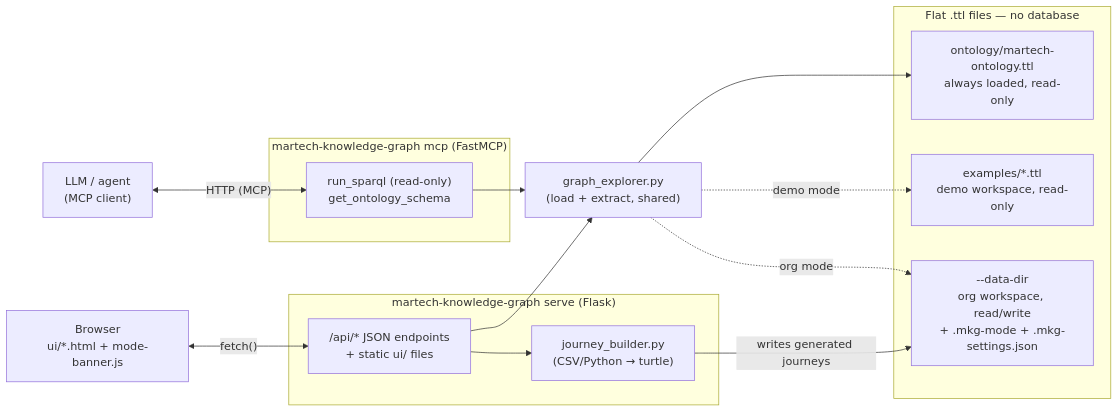
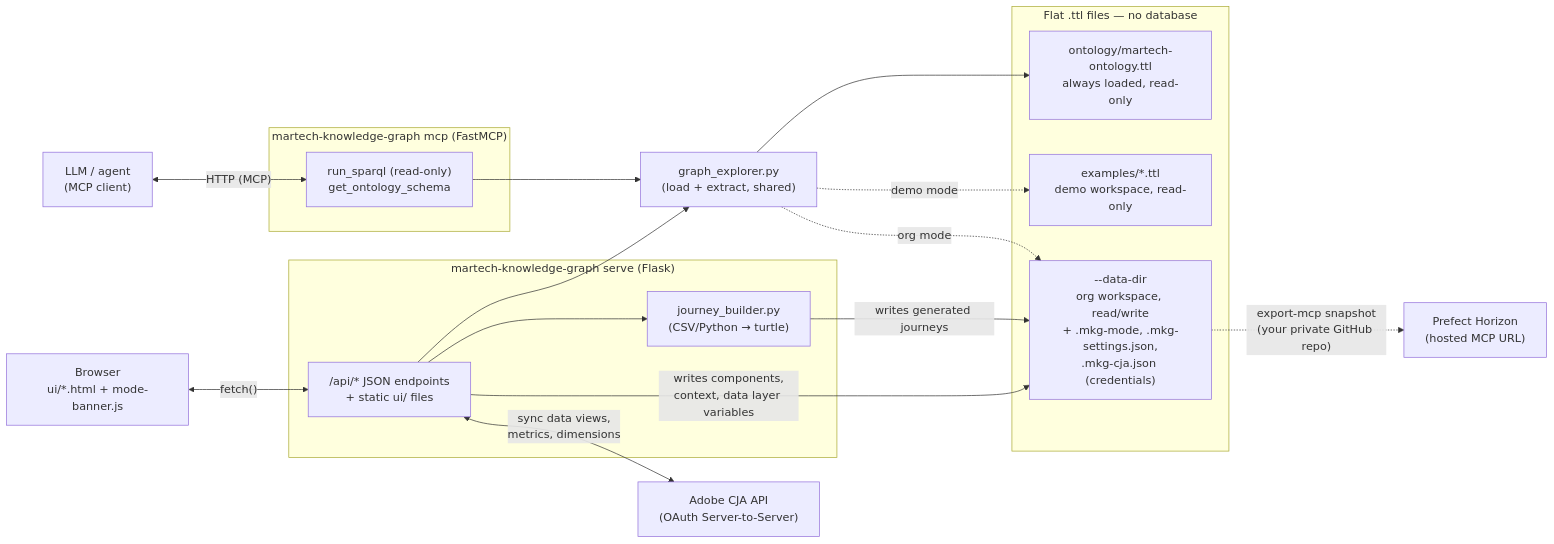
One commit to patrickhegnauer/martech_knowledge-graph changed the diagram in README.md. Above: the diagram before and after it, drawn with Mermaid. The commit also changed other lines of this file and 5 other files, not shown here.

First line of the commit message:
Update documentation for CJA sync, data layer variables, component reuse; v0.1.2

````diff
--- a/README.md
+++ b/README.md
@@ -13,32 +13,37 @@
 ```mermaid
 flowchart LR
     Browser["Browser<br/>ui/*.html + mode-banner.js"]
     Agent["LLM / agent<br/>(MCP client)"]
 
     subgraph Server["martech-knowledge-graph serve (Flask)"]
         API["/api/* JSON endpoints<br/>+ static ui/ files"]
         JB["journey_builder.py<br/>(CSV/Python → turtle)"]
     end
 
     subgraph MCP["martech-knowledge-graph mcp (FastMCP)"]
         Tools["run_sparql (read-only)<br/>get_ontology_schema"]
     end
 
     GE["graph_explorer.py<br/>(load + extract, shared)"]
+    CJA["Adobe CJA API<br/>(OAuth Server-to-Server)"]
+    Horizon["Prefect Horizon<br/>(hosted MCP URL)"]
 
     subgraph Data["Flat .ttl files — no database"]
         ONT["ontology/martech-ontology.ttl<br/>always loaded, read-only"]
         DEMO["examples/*.ttl<br/>demo workspace, read-only"]
-        ORG["--data-dir<br/>org workspace, read/write<br/>+ .mkg-mode + .mkg-settings.json"]
+        ORG["--data-dir<br/>org workspace, read/write<br/>+ .mkg-mode, .mkg-settings.json,<br/>.mkg-cja.json (credentials)"]
     end
 
     Browser <-->|"fetch()"| API
     Agent <-->|"HTTP (MCP)"| Tools
     API --> GE
     API --> JB
     Tools --> GE
     GE --> ONT
     GE -. demo mode .-> DEMO
     GE -. org mode .-> ORG
     JB -->|writes generated journeys| ORG
+    API <-->|"sync data views,<br/>metrics, dimensions"| CJA
+    API -->|"writes components,<br/>context, data layer variables"| ORG
+    ORG -. "export-mcp snapshot<br/>(your private GitHub repo)" .-> Horizon
 ```
````
